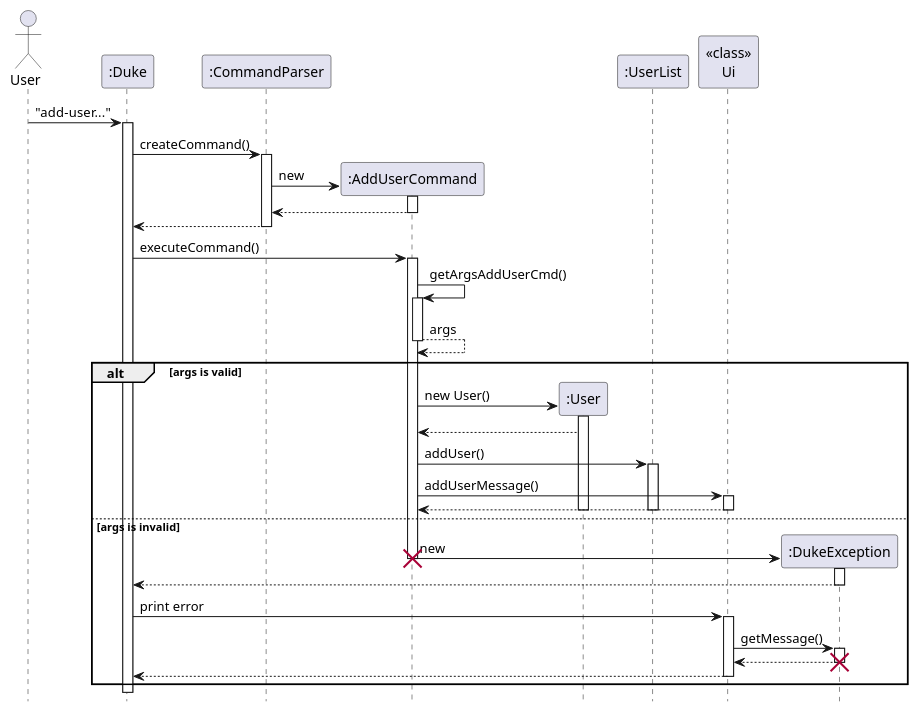
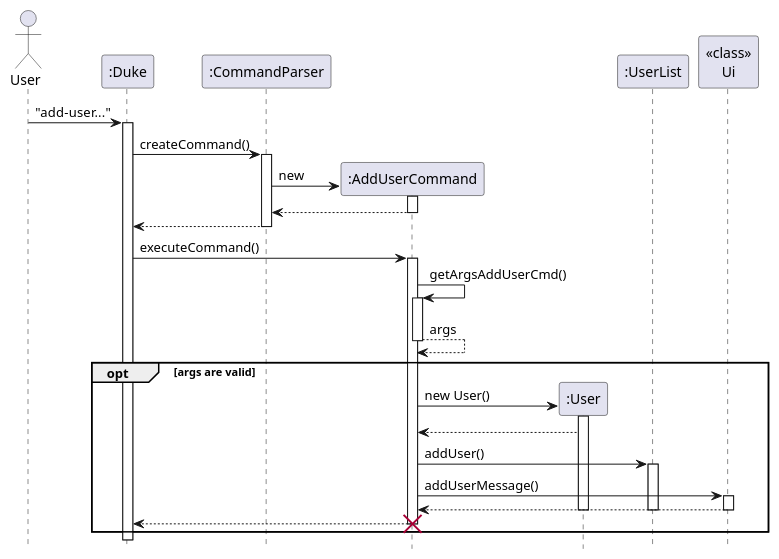
Before and after one commit to nus-cs2113-AY2223S1/tp: the diagram in docs/diagrams/user/AddUserSequence.puml, drawn with PlantUML. The commit also changed 16 other files, not shown here.

Commit message:
Simplify Sequence diagram and fix class diagram

```diff
--- a/docs/diagrams/user/AddUserSequence.puml
+++ b/docs/diagrams/user/AddUserSequence.puml
@@ -1,46 +1,34 @@
 @startuml
 hide footbox
 Actor User
 "User" -> ":Duke": "add-user..."
 activate ":Duke"
 ":Duke" -> ":CommandParser": createCommand()
 activate ":CommandParser"
 ":CommandParser" -> ":AddUserCommand" **: new
 activate ":AddUserCommand"
 return
 ":CommandParser" --> ":Duke"
 deactivate
 ":Duke" -> ":AddUserCommand" : executeCommand()
 activate ":AddUserCommand"
 ":AddUserCommand" -> ":AddUserCommand": getArgsAddUserCmd()
 activate ":AddUserCommand"
 return args
-alt args is valid
+opt args are valid
     ":AddUserCommand" -> ":User"**: new User()
     activate ":User"
     ":User" --> ":AddUserCommand"
     ":AddUserCommand" -> ":UserList": addUser()
     activate ":UserList"
     ":AddUserCommand" -> "<<class>>\nUi": addUserMessage()
     activate "<<class>>\nUi"
     return
     deactivate ":UserList"
     deactivate "<<class>>\nUi"
     deactivate ":User"
-else args is invalid
-    ":AddUserCommand" -> ":DukeException"** : new
+    ":AddUserCommand" --> ":Duke"
     destroy ":AddUserCommand"
-    activate ":DukeException"
-    ":DukeException" --> ":Duke"
-    deactivate ":DukeException"
-    ":Duke" -> "<<class>>\nUi" : print error
-    activate "<<class>>\nUi"
-    "<<class>>\nUi" -> ":DukeException": getMessage()
-    activate ":DukeException"
-    return
-    destroy ":DukeException"
-    "<<class>>\nUi" --> ":Duke"
-    deactivate "<<class>>\nUi"
 end
 
 @enduml
```
